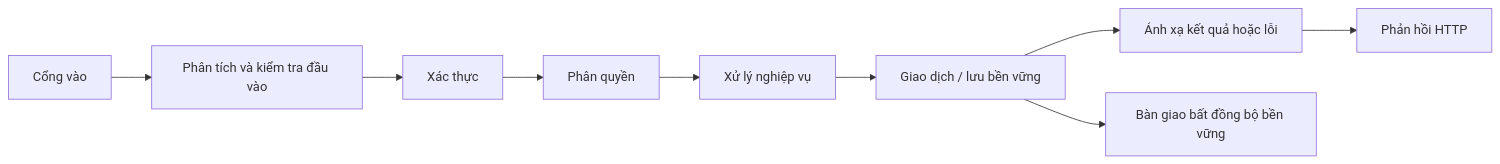
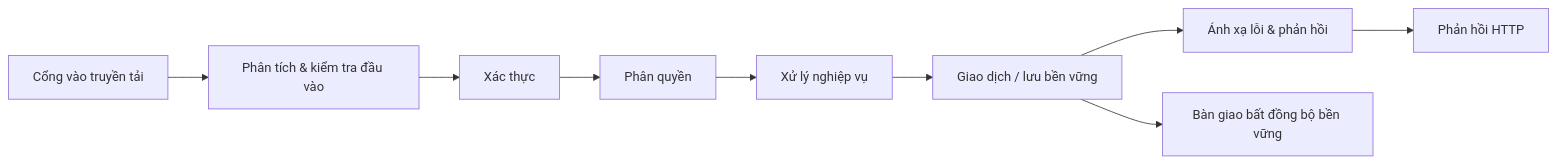
Before and after one commit to thucne/software-development-atlas: the first of 3 diagrams in content/docs/backend-engineering/backend-request-lifecycle.vi.mdx, drawn with Mermaid. The commit also changed other lines of this file and 133 other files, not shown here.

````diff
--- a/content/docs/backend-engineering/backend-request-lifecycle.vi.mdx
+++ b/content/docs/backend-engineering/backend-request-lifecycle.vi.mdx
@@ -36,11 +38,11 @@
 ```mermaid
 flowchart LR
-  I[Cổng vào] --> P[Phân tích và kiểm tra đầu vào]
+  I[Cổng vào truyền tải] --> P[Phân tích & kiểm tra đầu vào]
   P --> N[Xác thực]
   N --> Z[Phân quyền]
   Z --> D[Xử lý nghiệp vụ]
   D --> T[Giao dịch / lưu bền vững]
-  T --> M[Ánh xạ kết quả hoặc lỗi]
+  T --> M[Ánh xạ lỗi & phản hồi]
   M --> R[Phản hồi HTTP]
   T --> A[Bàn giao bất đồng bộ bền vững]
 ```
````
